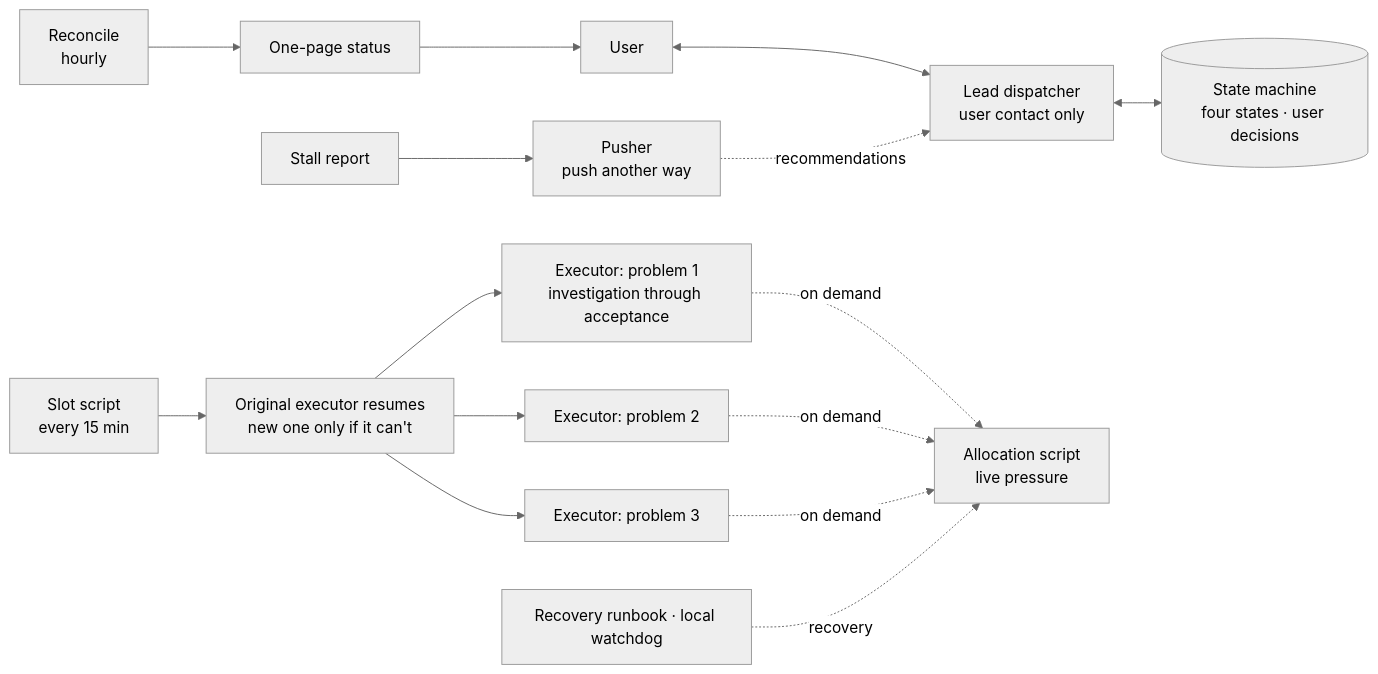
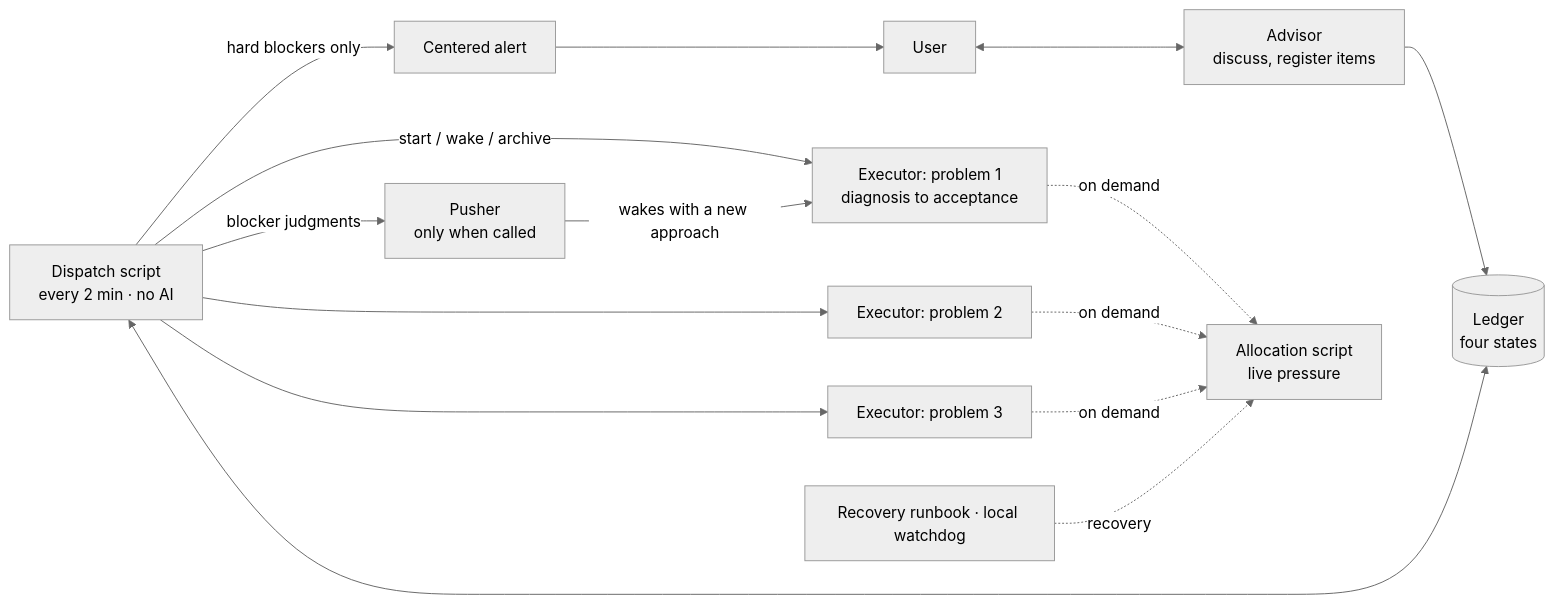
One commit to LaiHu2002/reliable-agent-dispatch changed the diagram in README.en.md. Above: the diagram before and after it, drawn with Mermaid (neutral theme). The commit also changed other lines of this file, not shown here.

First line of the commit message:
Add fifth-generation article: the dispatcher is a script

````diff
--- a/README.en.md
+++ b/README.en.md
@@ -11,14 +11,14 @@
 ```mermaid
 flowchart LR
-    U[User] <--> D[Lead dispatcher<br/>user contact only]
-    D <--> Q[(State machine<br/>four states · user decisions)]
-    S1[Slot script<br/>every 15 min] --> F["Original executor resumes<br/>new one only if it can't"]
-    F --> W1[Executor: problem 1<br/>investigation through acceptance]
-    F --> W2[Executor: problem 2]
-    F --> W3[Executor: problem 3]
+    U[User] <--> A[Advisor<br/>discuss, register items]
+    A --> Q[(Ledger<br/>four states)]
+    T[Dispatch script<br/>every 2 min · no AI] <--> Q
+    T -->|start / wake / archive| W1[Executor: problem 1<br/>diagnosis to acceptance]
+    T --> W2[Executor: problem 2]
+    T --> W3[Executor: problem 3]
+    T -->|blocker judgments| P[Pusher<br/>only when called]
+    P -->|wakes with a new approach| W1
+    T -->|hard blockers only| B[Centered alert] --> U
     W1 & W2 & W3 -.on demand.-> M[Allocation script<br/>live pressure]
-    S2[Stall report] --> P[Pusher<br/>push another way]
-    P -.recommendations.-> D
     H[Recovery runbook · local watchdog] -.recovery.-> M
-    R[Reconcile<br/>hourly] --> N[One-page status] --> U
 ```
````
